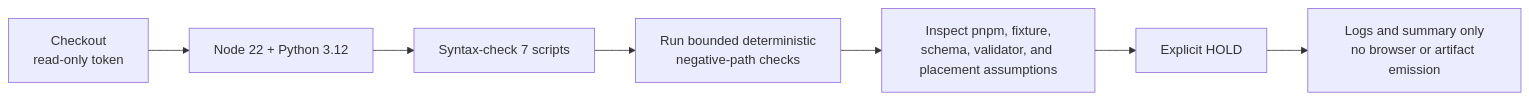
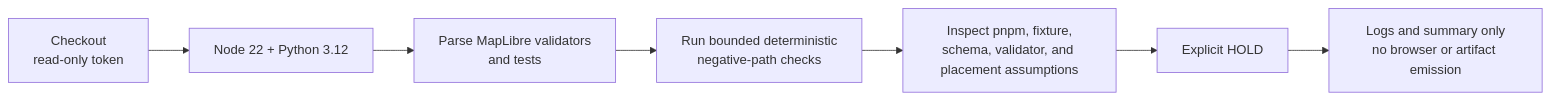
The diagram in scripts/README.md (bartytime4life/Kansas-Frontier-Matrix), drawn with Mermaid before and after one commit. The commit also changed other lines of this file and 56 other files, not shown here.

````diff
--- a/scripts/README.md
+++ b/scripts/README.md
@@ -837,9 +816,9 @@
 ```mermaid
 flowchart LR
     A["Checkout<br/>read-only token"] --> B["Node 22 + Python 3.12"]
-    B --> C["Syntax-check 7 scripts"]
+    B --> C["Parse MapLibre validators<br/>and tests"]
     C --> D["Run bounded deterministic<br/>negative-path checks"]
     D --> E["Inspect pnpm, fixture,<br/>schema, validator, and placement assumptions"]
     E --> F["Explicit HOLD"]
     F --> G["Logs and summary only<br/>no browser or artifact emission"]
 ```
````
